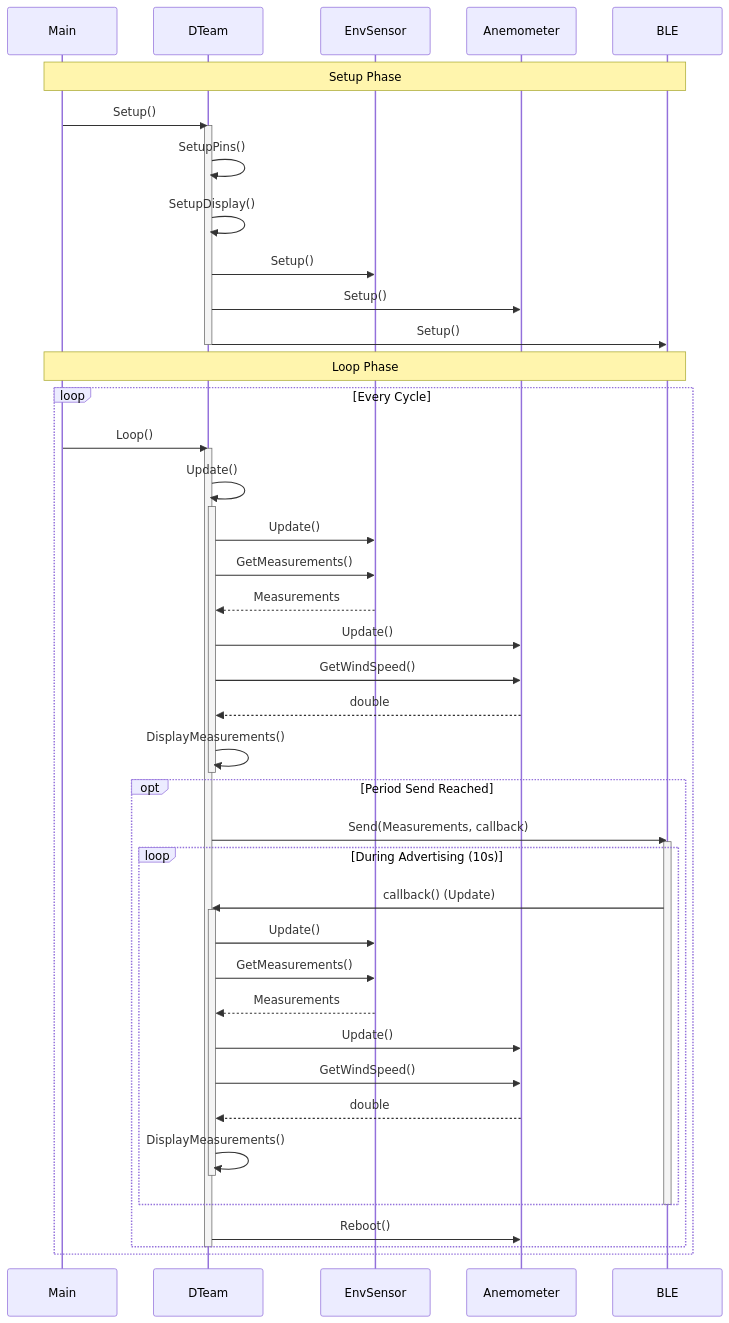
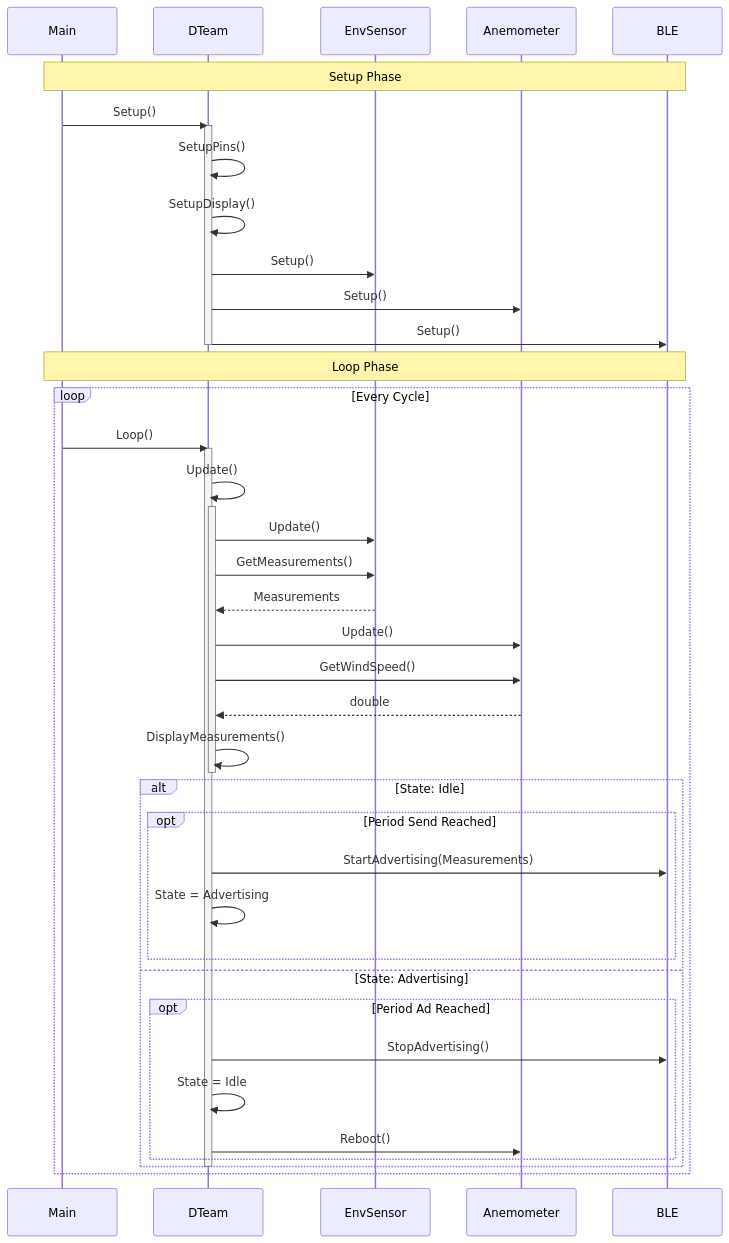
One commit to Tamagosushio/M5StickCPlus2-ENV-BLE changed the second of 4 diagrams in UML.md. Above: the diagram before and after it, drawn with Mermaid. The commit also changed other lines of this file, not shown here.

Commit message:
[update] UML図を更新

````diff
--- a/UML.md
+++ b/UML.md
@@ -66,54 +69,48 @@
 ```mermaid
 sequenceDiagram
   participant Main
   participant DTeam
   participant EnvSensor
   participant Anemometer
   participant BLE
 
   Note over Main, BLE: Setup Phase
   Main->>DTeam: Setup()
   activate DTeam
   DTeam->>DTeam: SetupPins()
   DTeam->>DTeam: SetupDisplay()
   DTeam->>EnvSensor: Setup()
   DTeam->>Anemometer: Setup()
   DTeam->>BLE: Setup()
   deactivate DTeam
 
   Note over Main, BLE: Loop Phase
   loop Every Cycle
     Main->>DTeam: Loop()
     activate DTeam
     DTeam->>DTeam: Update()
     activate DTeam
     DTeam->>EnvSensor: Update()
     DTeam->>EnvSensor: GetMeasurements()
     EnvSensor-->>DTeam: Measurements
     DTeam->>Anemometer: Update()
     DTeam->>Anemometer: GetWindSpeed()
     Anemometer-->>DTeam: double
     DTeam->>DTeam: DisplayMeasurements()
     deactivate DTeam
 
-    opt Period Send Reached
-      DTeam->>BLE: Send(Measurements, callback)
-      activate BLE
-      loop During Advertising (10s)
-        BLE->>DTeam: callback() (Update)
-        activate DTeam
-        DTeam->>EnvSensor: Update()
-        DTeam->>EnvSensor: GetMeasurements()
-        EnvSensor-->>DTeam: Measurements
-        DTeam->>Anemometer: Update()
-        DTeam->>Anemometer: GetWindSpeed()
-        Anemometer-->>DTeam: double
-        DTeam->>DTeam: DisplayMeasurements()
-        deactivate DTeam
+    alt State: Idle
+      opt Period Send Reached
+        DTeam->>BLE: StartAdvertising(Measurements)
+        DTeam->>DTeam: State = Advertising
       end
-      deactivate BLE
-      DTeam->>Anemometer: Reboot()
+    else State: Advertising
+      opt Period Ad Reached
+        DTeam->>BLE: StopAdvertising()
+        DTeam->>DTeam: State = Idle
+        DTeam->>Anemometer: Reboot()
+      end
     end
     deactivate DTeam
   end
 ```
````
